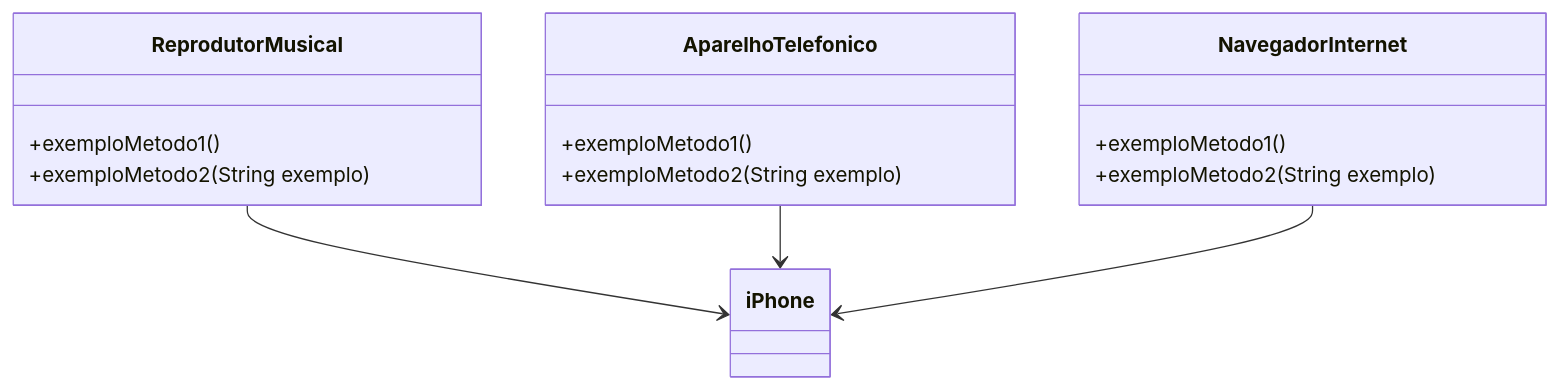
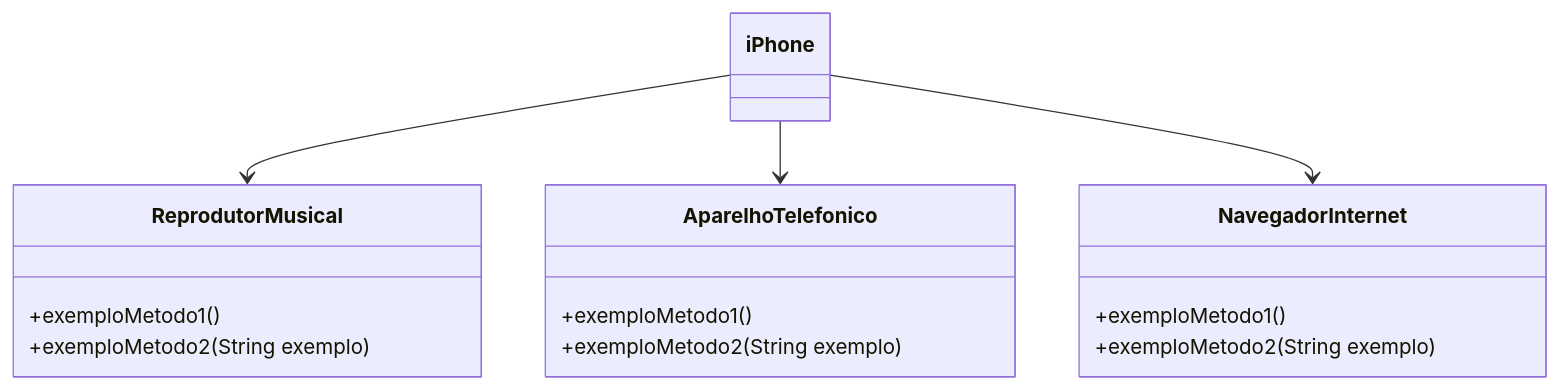
One commit to OsmarBaia/dio-formacao-java-developer changed the first of 2 diagrams in README.md. Above: the diagram before and after it, drawn with Mermaid.

````diff
--- a/README.md
+++ b/README.md
@@ -39,24 +39,24 @@
 ```mermaid
 classDiagram
     class ReprodutorMusical {
         +exemploMetodo1()
         +exemploMetodo2(String exemplo)
     }
 
     class AparelhoTelefonico {
         +exemploMetodo1()
         +exemploMetodo2(String exemplo)
     }
 
     class NavegadorInternet {
         +exemploMetodo1()
         +exemploMetodo2(String exemplo)
     }
 
     class iPhone {
     }
 
-    ReprodutorMusical -->  iPhone
-    AparelhoTelefonico  --> iPhone
-    NavegadorInternet  --> iPhone
+   iPhone  -->   ReprodutorMusical
+    iPhone  -->  AparelhoTelefonico
+    iPhone  -->  NavegadorInternet
 ```
````
